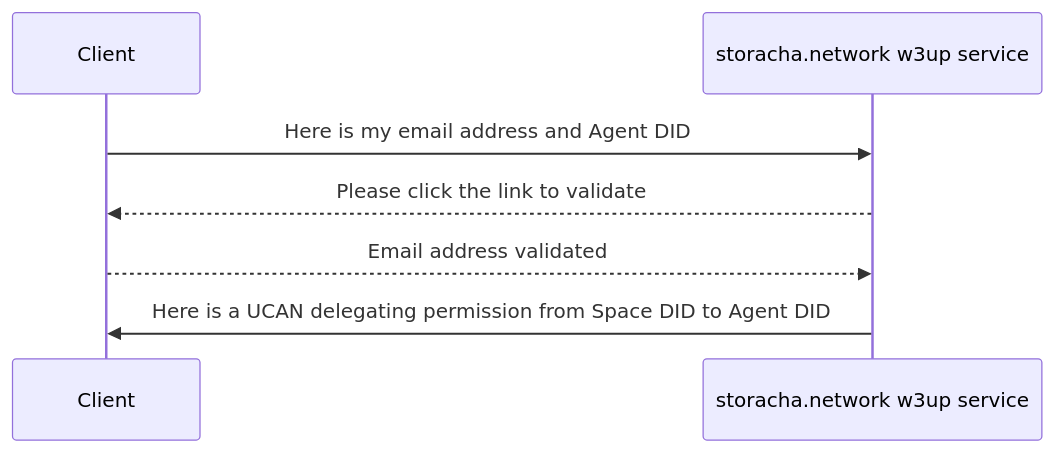
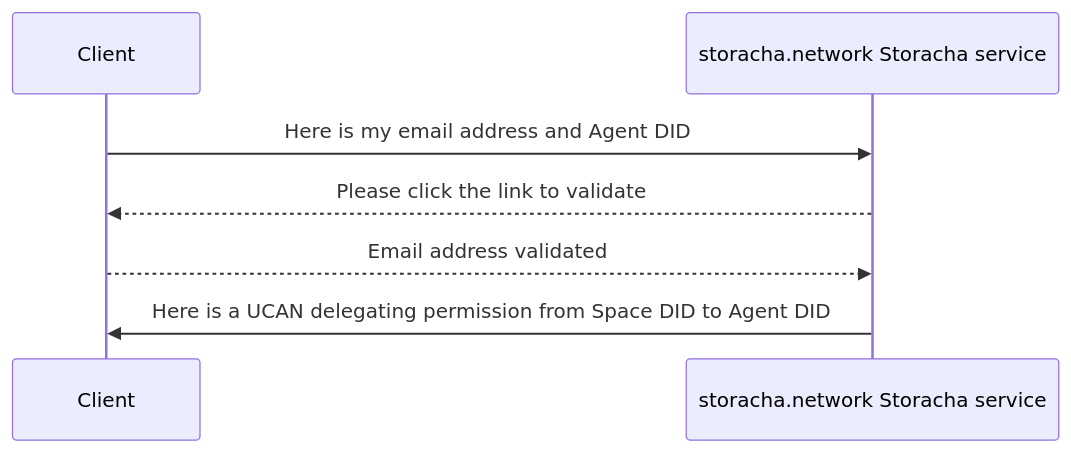
One commit to storacha/w3up changed the second of 5 diagrams in packages/w3up-client/README.md. Above: the diagram before and after it, drawn with Mermaid. The commit also changed other lines of this file and 26 other files, not shown here.

````diff
--- a/packages/w3up-client/README.md
+++ b/packages/w3up-client/README.md
@@ -178,7 +180,7 @@
 ```mermaid
 sequenceDiagram
-    Client->>storacha.network w3up service: Here is my email address and Agent DID
-    storacha.network w3up service-->>Client: Please click the link to validate
-    Client-->>storacha.network w3up service: Email address validated
-    storacha.network w3up service->>Client: Here is a UCAN delegating permission from Space DID to Agent DID
+    Client->>storacha.network Storacha service: Here is my email address and Agent DID
+    storacha.network Storacha service-->>Client: Please click the link to validate
+    Client-->>storacha.network Storacha service: Email address validated
+    storacha.network Storacha service->>Client: Here is a UCAN delegating permission from Space DID to Agent DID
 ```
````
